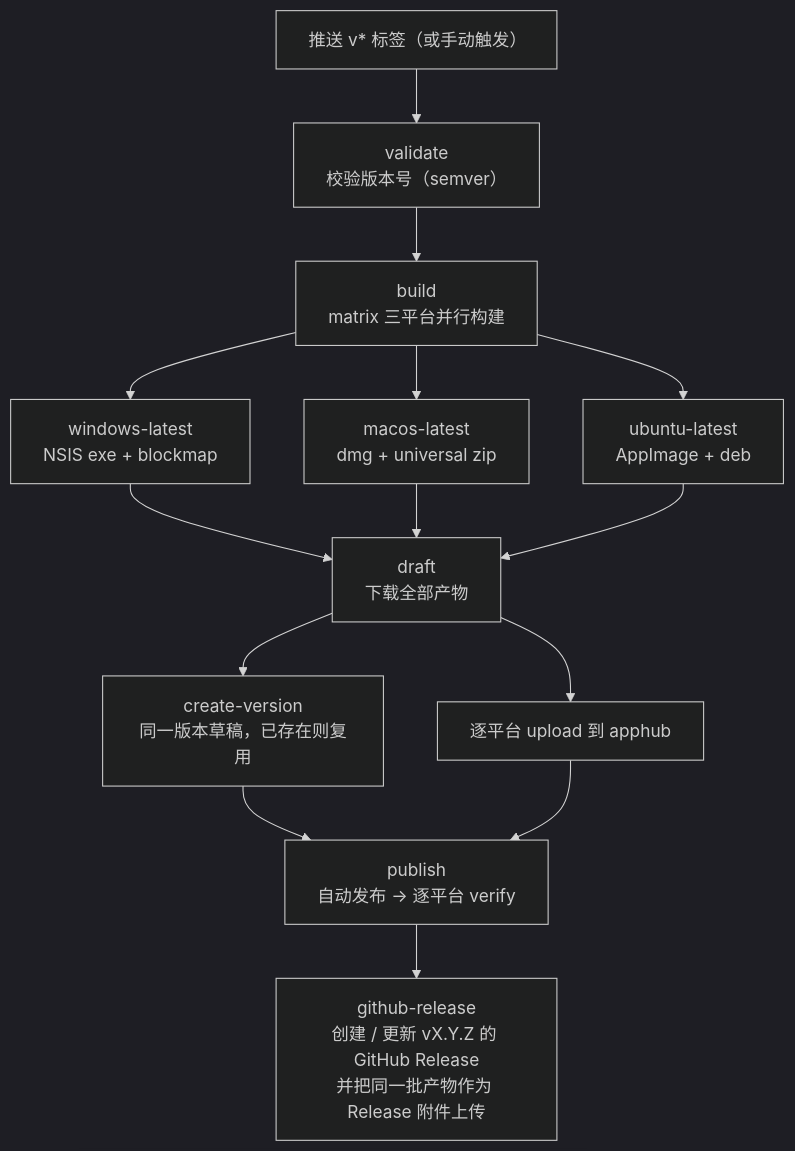
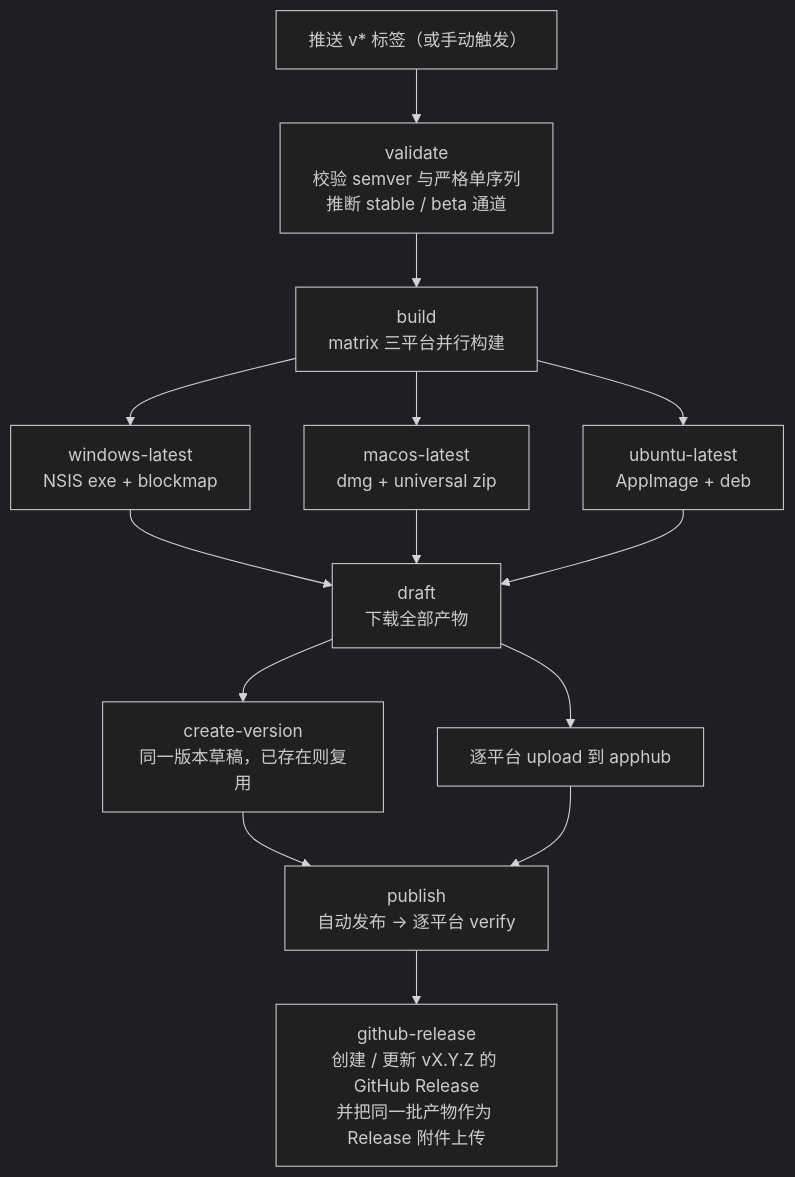
The diagram in docs/github-release.md (Harley-xk/mark-it), drawn with Mermaid (dark theme) before and after one commit. The commit also changed other lines of this file and 26 other files, not shown here.

````diff
--- a/docs/github-release.md
+++ b/docs/github-release.md
@@ -9,16 +9,16 @@
 ```mermaid
 flowchart TD
-    T["推送 v* 标签（或手动触发）"] --> V["validate<br/>校验版本号（semver）"]
+    T["推送 v* 标签（或手动触发）"] --> V["validate<br/>校验 semver 与严格单序列<br/>推断 stable / beta 通道"]
     V --> B["build<br/>matrix 三平台并行构建"]
     B --> W["windows-latest<br/>NSIS exe + blockmap"]
     B --> M["macos-latest<br/>dmg + universal zip"]
     B --> L["ubuntu-latest<br/>AppImage + deb"]
     W --> D["draft<br/>下载全部产物"]
     M --> D
     L --> D
     D --> D1["create-version<br/>同一版本草稿，已存在则复用"]
     D --> D2["逐平台 upload 到 apphub"]
     D1 --> P["publish<br/>自动发布 → 逐平台 verify"]
     D2 --> P
     P --> G["github-release<br/>创建 / 更新 vX.Y.Z 的 GitHub Release<br/>并把同一批产物作为 Release 附件上传"]
 ```
````
